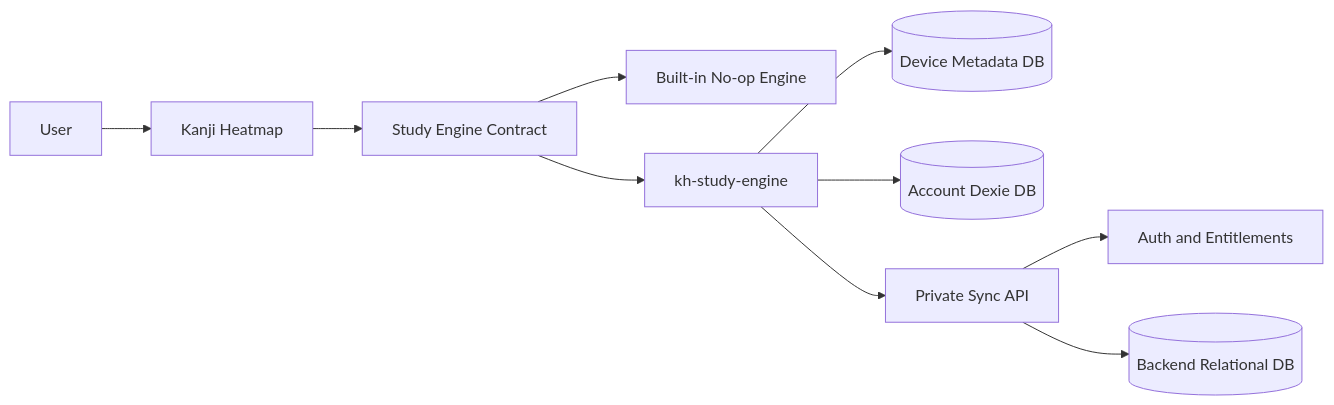
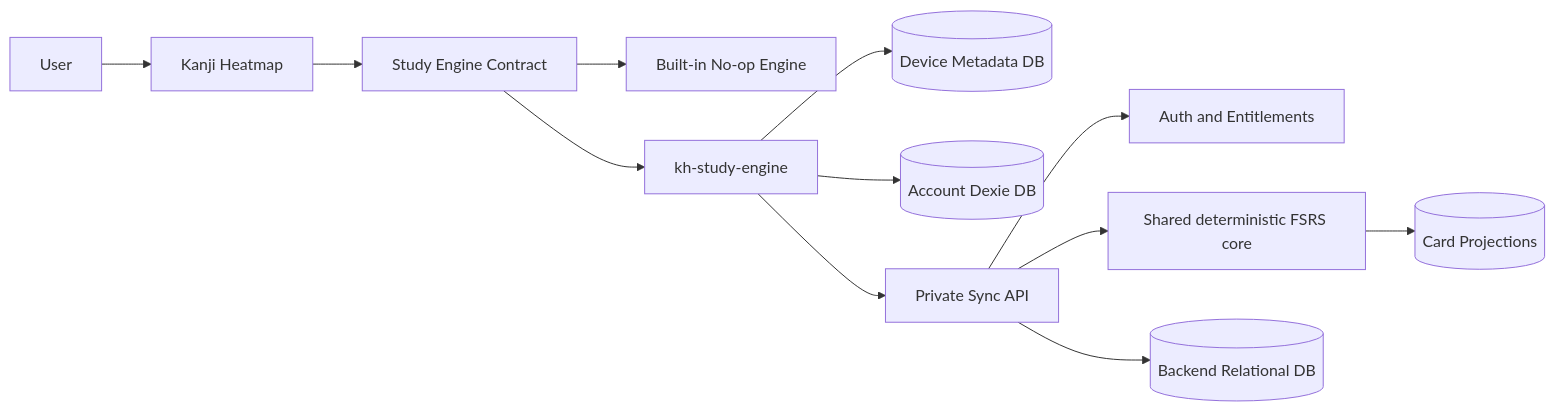
The first of 9 diagrams in docs/notes/STUDY-ENGINE-PLAN-V2.md (PikaPikaGems/kanji-heatmap), drawn with Mermaid before and after one commit. The commit also changed other lines of this file, not shown here.

First line of the commit message:
docs: refine study engine plan with backend FSRS and history services

````diff
--- a/docs/notes/STUDY-ENGINE-PLAN-V2.md
+++ b/docs/notes/STUDY-ENGINE-PLAN-V2.md
@@ -42,12 +47,14 @@
 ```mermaid
 flowchart LR
     User[User] --> App["Kanji Heatmap"]
     App --> Contract["Study Engine Contract"]
     Contract --> Noop["Built-in No-op Engine"]
     Contract --> Engine["kh-study-engine"]
     Engine --> DeviceDB[(Device Metadata DB)]
     Engine --> AccountDB[(Account Dexie DB)]
     Engine --> API[Private Sync API]
     API --> Auth[Auth and Entitlements]
+    API --> Scheduler["Shared deterministic FSRS core"]
+    Scheduler --> Projections[(Card Projections)]
     API --> BackendDB[(Backend Relational DB)]
 ```
````
